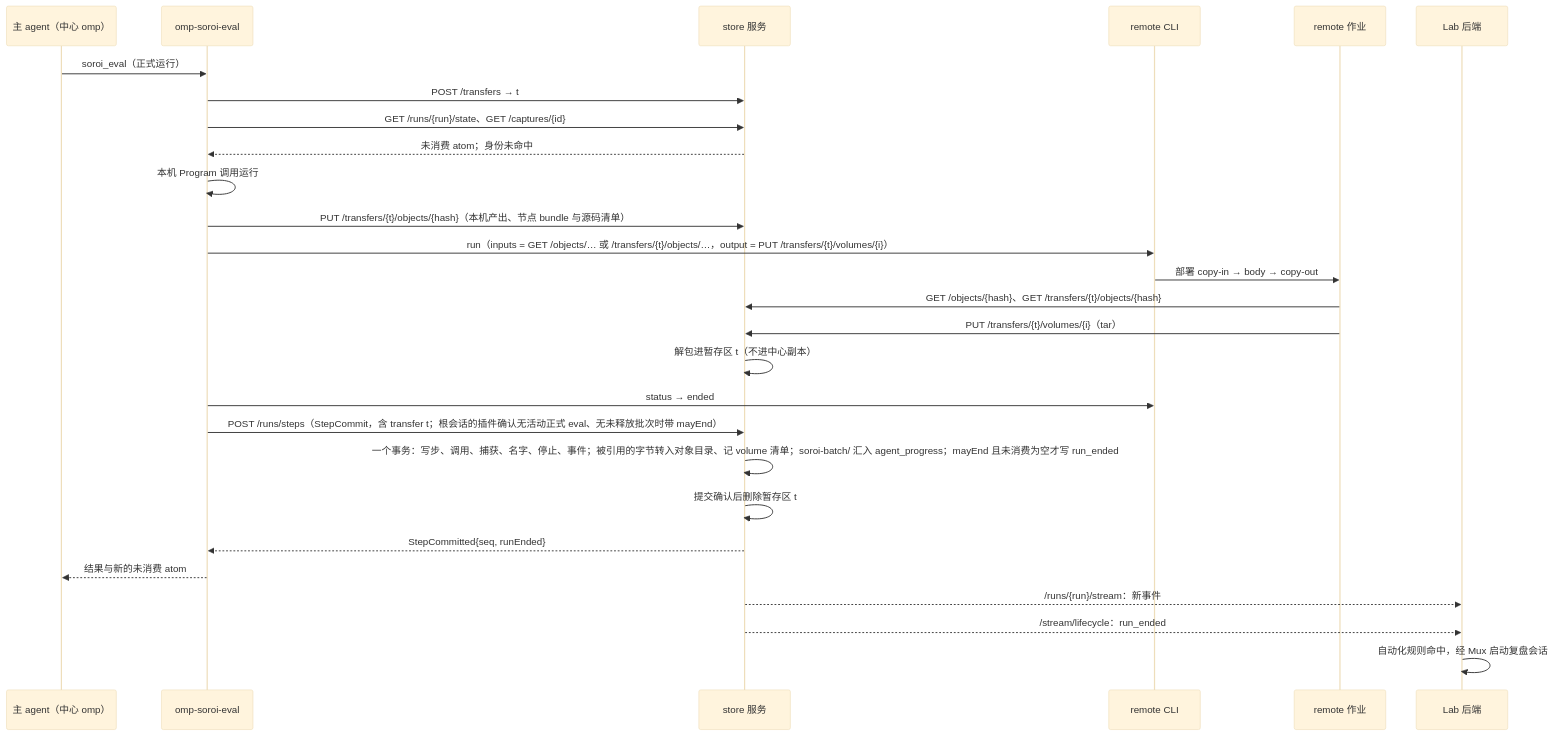
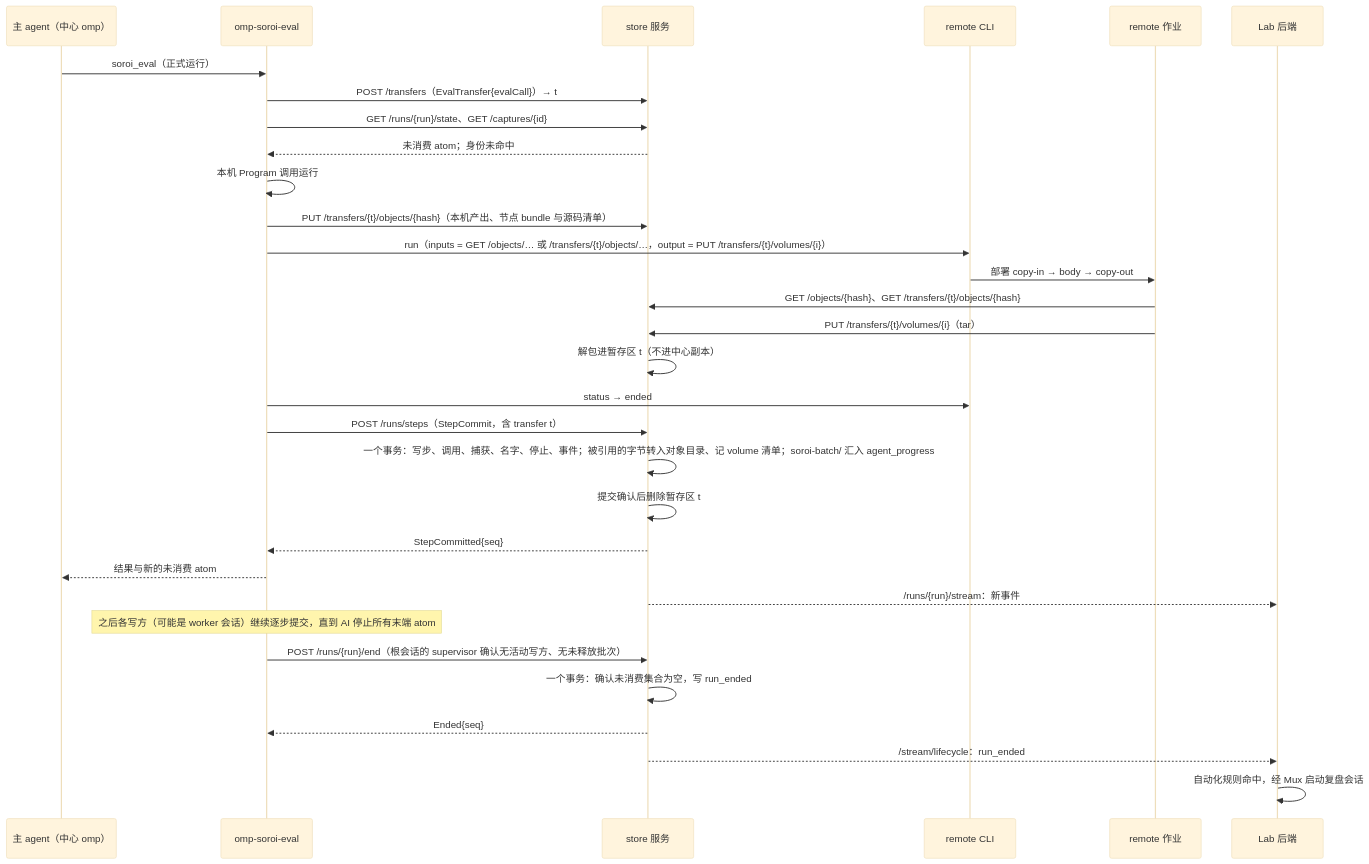
One commit to Pepgent/PM changed the first of 2 diagrams in evidence/decisions/D6-store-service.md. Above: the diagram before and after it, drawn with Mermaid (base theme). The commit also changed other lines of this file and 12 other files, not shown here.

````diff
--- a/evidence/decisions/D6-store-service.md
+++ b/evidence/decisions/D6-store-service.md
@@ -196,29 +219,33 @@
 ```mermaid
 sequenceDiagram
   participant AI as 主 agent（中心 omp）
   participant EV as omp-soroi-eval
   participant ST as store 服务
   participant RM as remote CLI
   participant JOB as remote 作业
   participant LAB as Lab 后端
   AI->>EV: soroi_eval（正式运行）
-  EV->>ST: POST /transfers → t
+  EV->>ST: POST /transfers（EvalTransfer{evalCall}）→ t
   EV->>ST: GET /runs/{run}/state、GET /captures/{id}
   ST-->>EV: 未消费 atom；身份未命中
   EV->>EV: 本机 Program 调用运行
   EV->>ST: PUT /transfers/{t}/objects/{hash}（本机产出、节点 bundle 与源码清单）
   EV->>RM: run（inputs = GET /objects/… 或 /transfers/{t}/objects/…，output = PUT /transfers/{t}/volumes/{i}）
   RM->>JOB: 部署 copy-in → body → copy-out
   JOB->>ST: GET /objects/{hash}、GET /transfers/{t}/objects/{hash}
   JOB->>ST: PUT /transfers/{t}/volumes/{i}（tar）
   ST->>ST: 解包进暂存区 t（不进中心副本）
   EV->>RM: status → ended
-  EV->>ST: POST /runs/steps（StepCommit，含 transfer t；根会话的插件确认无活动正式 eval、无未释放批次时带 mayEnd）
-  ST->>ST: 一个事务：写步、调用、捕获、名字、停止、事件；被引用的字节转入对象目录、记 volume 清单；soroi-batch/ 汇入 agent_progress；mayEnd 且未消费为空才写 run_ended
+  EV->>ST: POST /runs/steps（StepCommit，含 transfer t）
+  ST->>ST: 一个事务：写步、调用、捕获、名字、停止、事件；被引用的字节转入对象目录、记 volume 清单；soroi-batch/ 汇入 agent_progress
   ST->>ST: 提交确认后删除暂存区 t
-  ST-->>EV: StepCommitted{seq, runEnded}
+  ST-->>EV: StepCommitted{seq}
   EV-->>AI: 结果与新的未消费 atom
   ST-->>LAB: /runs/{run}/stream：新事件
+  Note over EV: 之后各写方（可能是 worker 会话）继续逐步提交，直到 AI 停止所有末端 atom
+  EV->>ST: POST /runs/{run}/end（根会话的 supervisor 确认无活动写方、无未释放批次）
+  ST->>ST: 一个事务：确认未消费集合为空，写 run_ended
+  ST-->>EV: Ended{seq}
   ST-->>LAB: /stream/lifecycle：run_ended
   LAB->>LAB: 自动化规则命中，经 Mux 启动复盘会话
 ```
````
